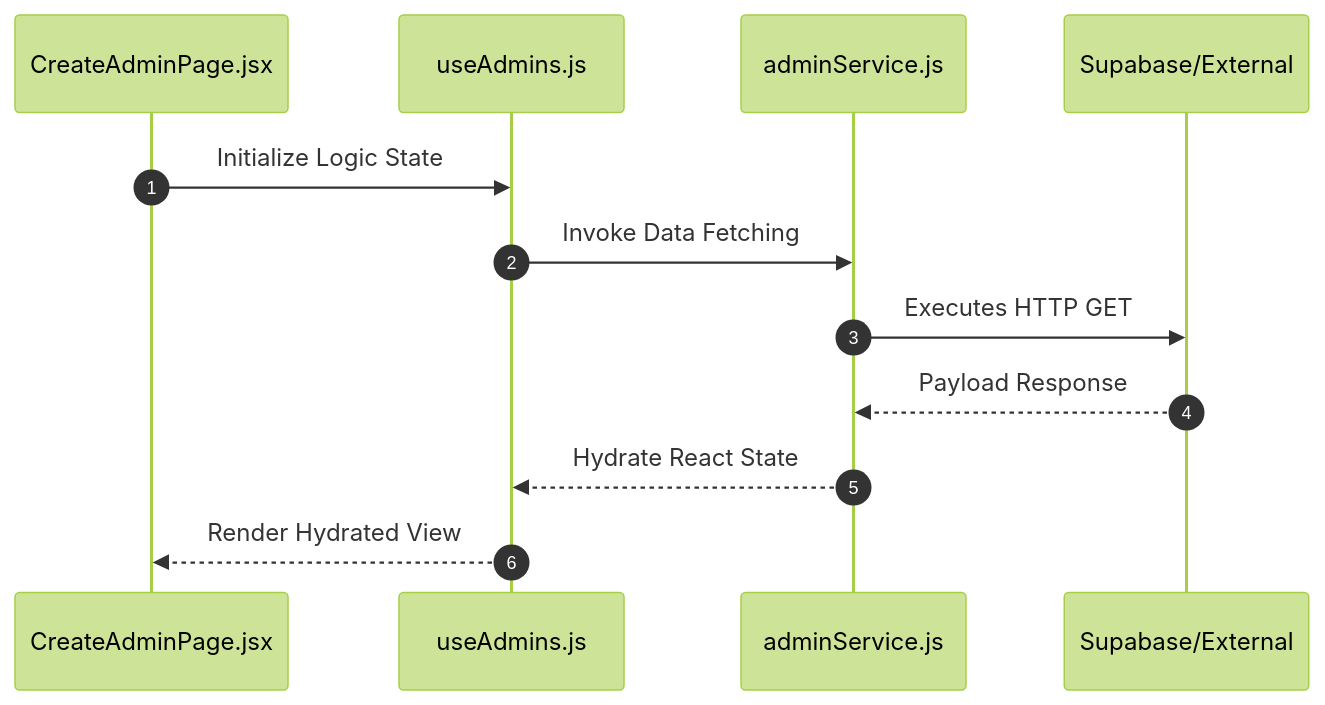
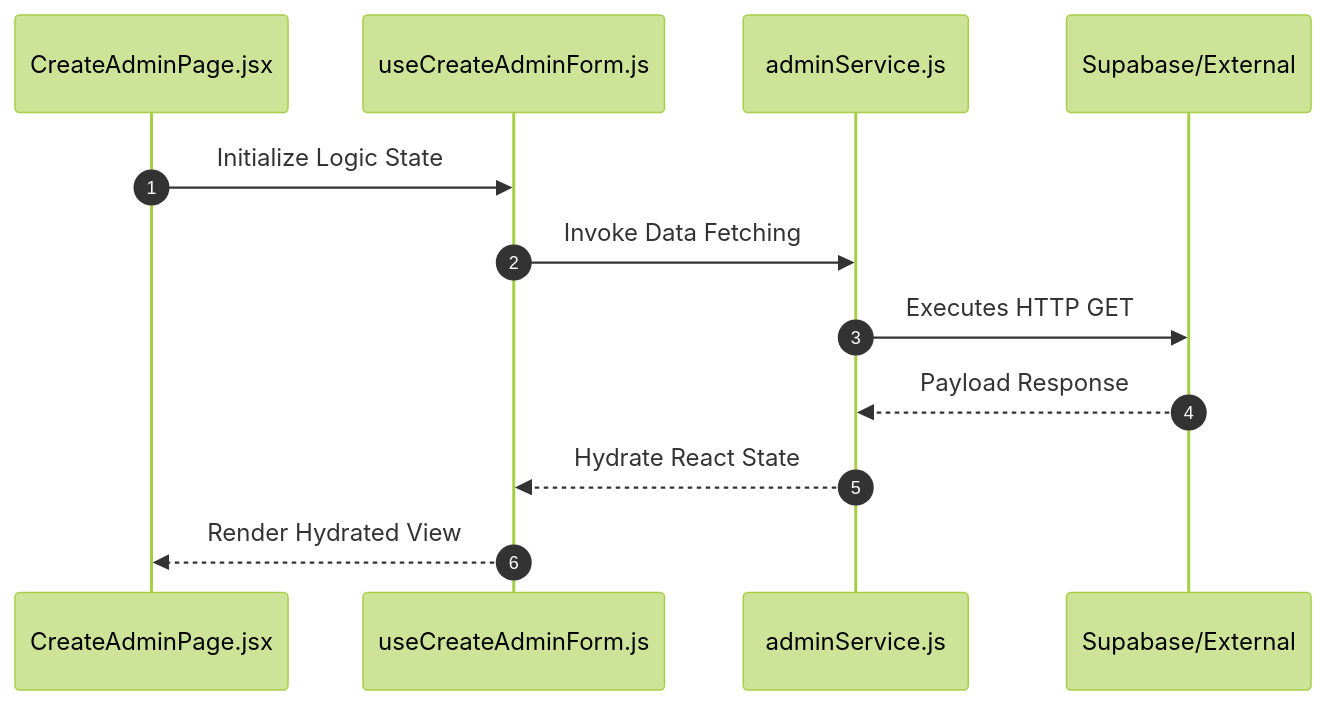
The second of 2 diagrams in src/features/admins/README.md (nexowebai/nexo-superadmin), drawn with Mermaid (forest theme) before and after one commit. The commit also changed other lines of this file and 142 other files, not shown here.

````diff
--- a/src/features/admins/README.md
+++ b/src/features/admins/README.md
@@ -35,15 +37,15 @@
 ```mermaid
 sequenceDiagram
 autonumber
     participant P as CreateAdminPage.jsx
-    participant H as useAdmins.js
+    participant H as useCreateAdminForm.js
     participant S as adminService.js
     participant API as Supabase/External
 
     P->>H: Initialize Logic State
     H->>S: Invoke Data Fetching
     S->>API: Executes HTTP GET
     API-->>S: Payload Response
     S-->>H: Hydrate React State
     H-->>P: Render Hydrated View
 ```
````
